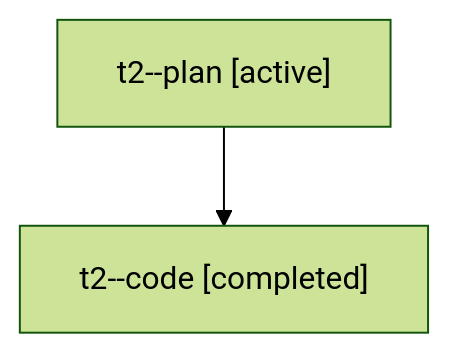
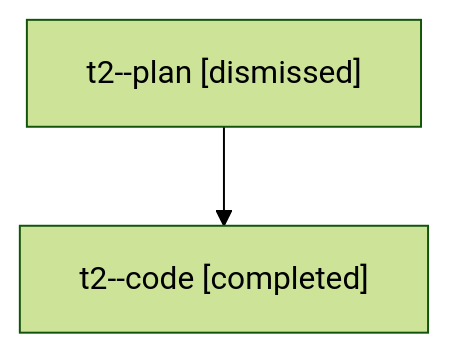
One commit to sase-org/sase--agents changed the diagram in sessions/bbugyi200.athena.t2.md. Above: the diagram before and after it, drawn with Mermaid (forest theme). The commit also changed other lines of this file and 15 other files, not shown here.

````diff
--- a/sessions/bbugyi200.athena.t2.md
+++ b/sessions/bbugyi200.athena.t2.md
@@ -9,6 +9,6 @@
 ```mermaid
 flowchart TD
-  n0["t2--plan [active]"]
+  n0["t2--plan [dismissed]"]
   n1["t2--code [completed]"]
   n0 --> n1
 ```
````
